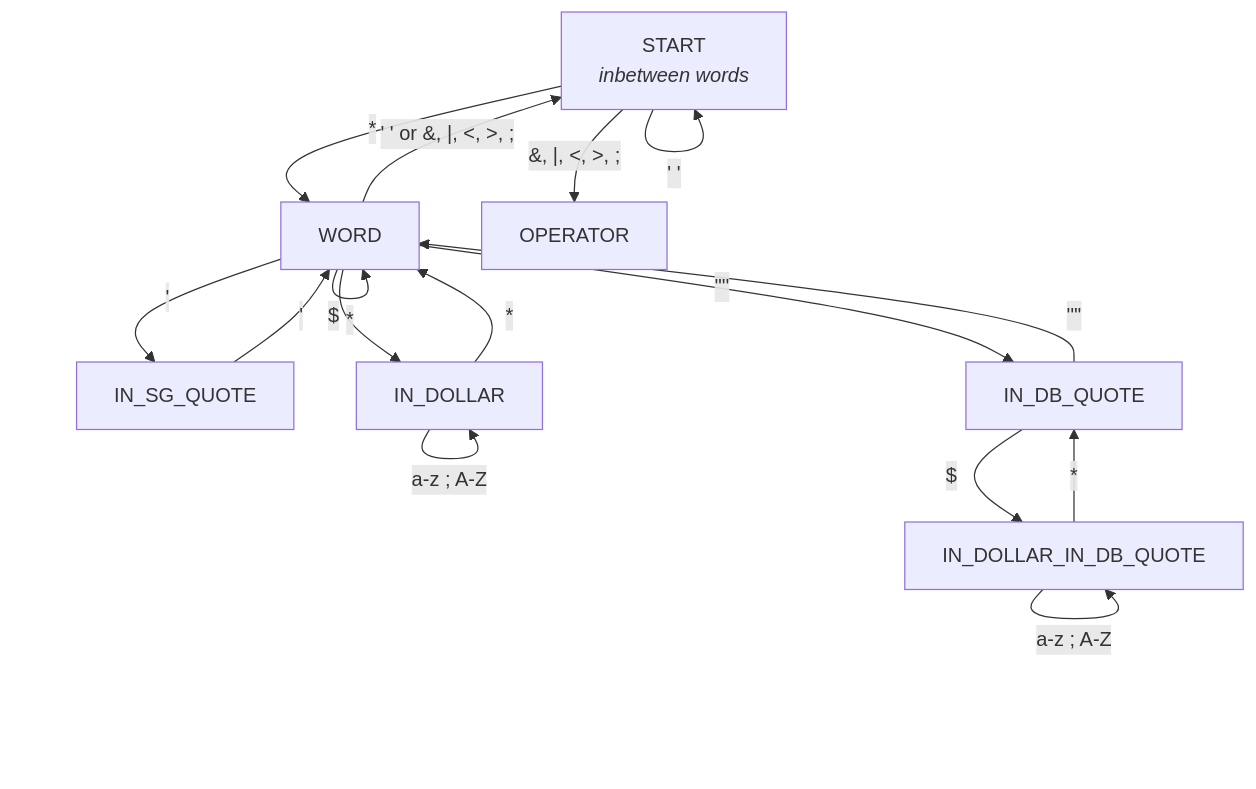
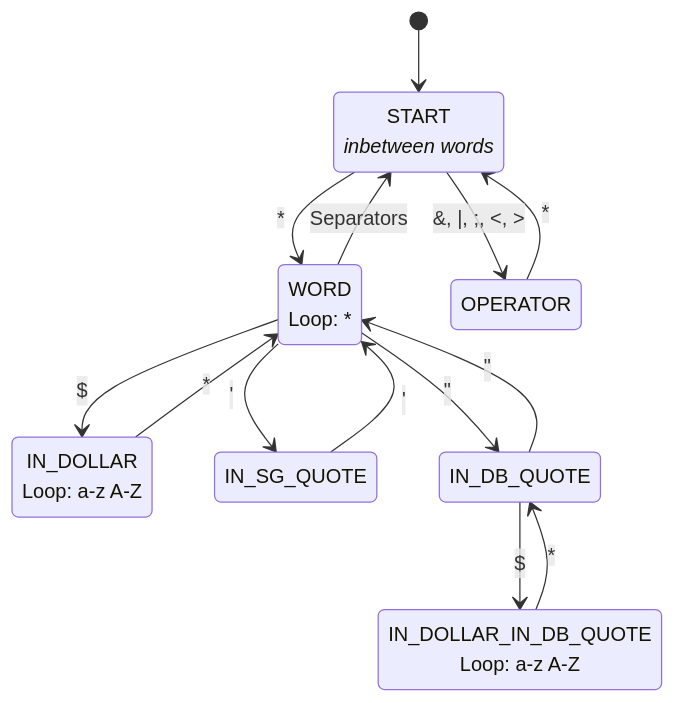
The second of 2 diagrams in README.md (louis-leblondolive/olive-sh), drawn with Mermaid before and after one commit. The commit also changed other lines of this file, not shown here.

Commit message:
improve lexer flowchart readability

````diff
--- a/README.md
+++ b/README.md
@@ -218,32 +218,31 @@
     ```mermaid
-    %%{init: {"flowchart": {"htmlLabels": true}} }%%
-    flowchart TD
-        START["`START <br> *inbetween words*`"]
-        WORD["WORD"]
-        OPERATOR["OPERATOR"]
-        IN_DOLLAR["IN_DOLLAR"]
-        IN_SG_QUOTE["IN_SG_QUOTE"]
-        IN_DB_QUOTE["IN_DB_QUOTE"]
-        IN_DOLLAR_IN_DB_QUOTE["IN_DOLLAR_IN_DB_QUOTE"]
+    stateDiagram-v2
 
-        START -->|"' '"| START
-        START -->|"*"| WORD
-        START -->|"&, |, <, >, ;"| OPERATOR
+    state "START<br><i>inbetween words</i>" as START
+    state "WORD<br>Loop: *" as WORD
+    state "IN_DOLLAR<br>Loop: a-z A-Z " as IN_DOLLAR
+    state "IN_SG_QUOTE" as IN_SG_QUOTE
+    state "IN_DB_QUOTE" as IN_DB_QUOTE
+    state "IN_DOLLAR_IN_DB_QUOTE<br>Loop: a-z A-Z " as IN_DOLLAR_IN_DB_QUOTE
 
-        WORD -->|" ' ' or &, |, <, >, ; "| START
-        WORD -->|"*"| WORD
-        WORD -->|"$"| IN_DOLLAR
-        WORD -->|"'"| IN_SG_QUOTE
-        WORD -->|"'#quot;'"| IN_DB_QUOTE
-        
-        IN_DOLLAR -->|"a-z ; A-Z"| IN_DOLLAR
-        IN_DOLLAR -->|"*"| WORD
+    [*] --> START
 
-        IN_SG_QUOTE -->|"'"| WORD
+    START --> WORD : *
+    START --> OPERATOR : &, |, &#59, <, >
 
-        IN_DB_QUOTE -->|"$"| IN_DOLLAR_IN_DB_QUOTE
-        IN_DB_QUOTE -->|"'#quot;'"| WORD
+    OPERATOR --> START : *
 
-        IN_DOLLAR_IN_DB_QUOTE -->|"a-z ; A-Z"| IN_DOLLAR_IN_DB_QUOTE
-        IN_DOLLAR_IN_DB_QUOTE -->|"*"|IN_DB_QUOTE
+    WORD --> START : Separators
+    WORD --> IN_DOLLAR : $
+    WORD --> IN_SG_QUOTE : '
+    WORD --> IN_DB_QUOTE : "
+
+    IN_DOLLAR --> WORD : *
+
+    IN_SG_QUOTE --> WORD : '
+
+    IN_DB_QUOTE --> IN_DOLLAR_IN_DB_QUOTE : $
+    IN_DB_QUOTE --> WORD : "
+
+    IN_DOLLAR_IN_DB_QUOTE --> IN_DB_QUOTE : *
     ``` 
````
